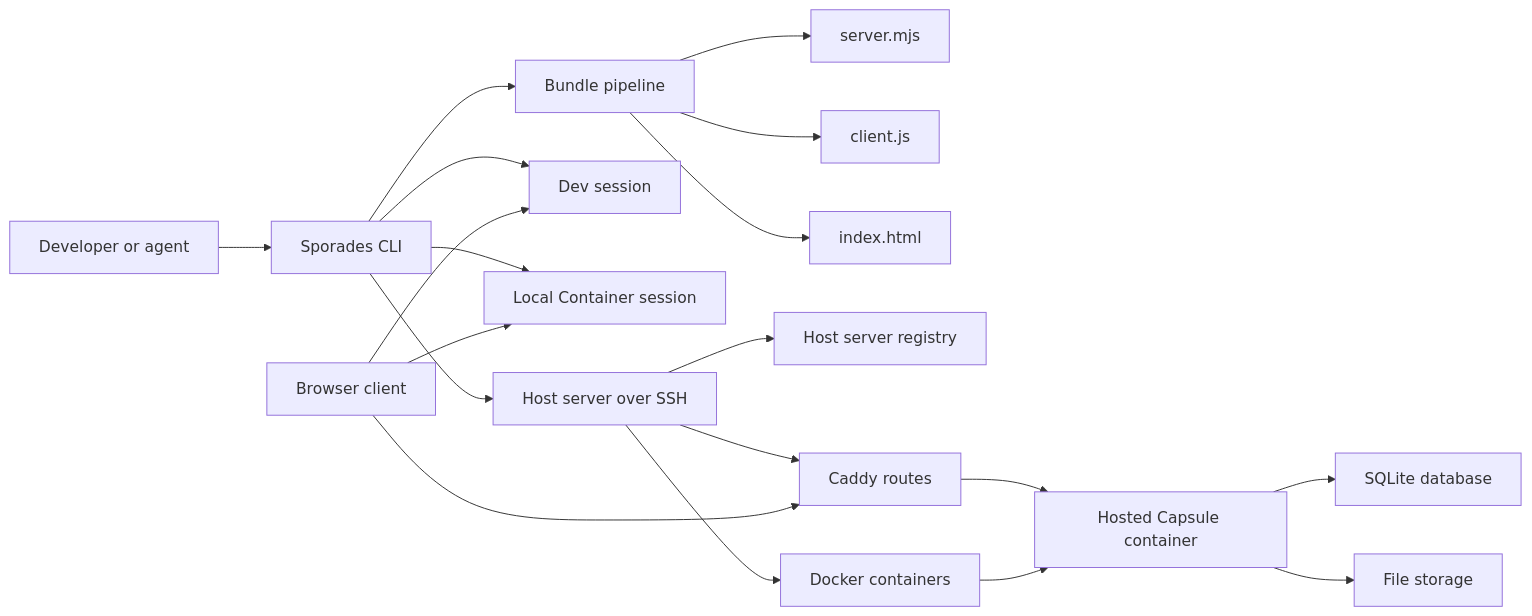
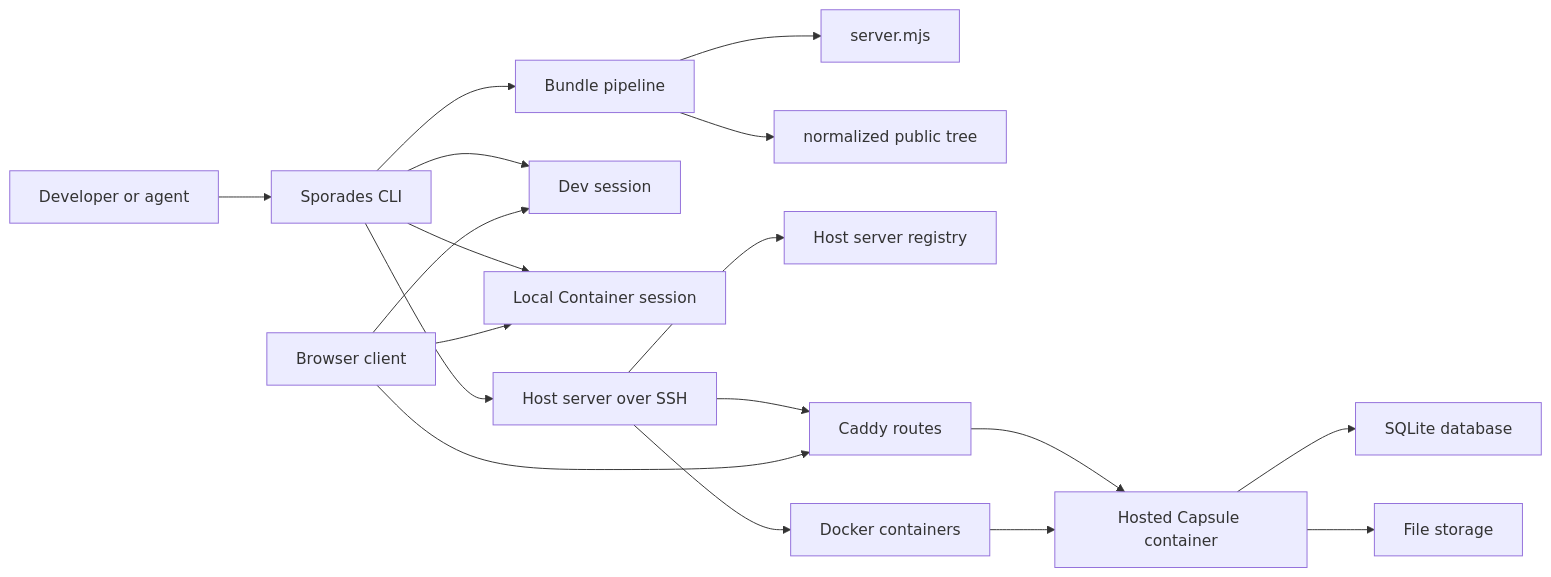
One commit to mgscox/sporades changed the diagram in docs/architecture.md. Above: the diagram before and after it, drawn with Mermaid. The commit also changed other lines of this file and 39 other files, not shown here.

````diff
--- a/docs/architecture.md
+++ b/docs/architecture.md
@@ -41,26 +41,25 @@
 ```mermaid
 flowchart LR
   author["Developer or agent"] --> cli["Sporades CLI"]
   cli --> bundle["Bundle pipeline"]
   bundle --> serverBundle["server.mjs"]
-  bundle --> clientBundle["client.js"]
-  bundle --> staticHtml["index.html"]
+  bundle --> publicTree["normalized public tree"]
 
   cli --> dev["Dev session"]
   cli --> localContainer["Local Container session"]
   cli --> hostServer["Host server over SSH"]
 
   hostServer --> registry["Host server registry"]
   hostServer --> caddy["Caddy routes"]
   hostServer --> docker["Docker containers"]
 
   caddy --> capsule["Hosted Capsule container"]
   docker --> capsule
 
   browser["Browser client"] --> caddy
   browser --> dev
   browser --> localContainer
 
   capsule --> sqlite["SQLite database"]
   capsule --> files["File storage"]
 ```
````
